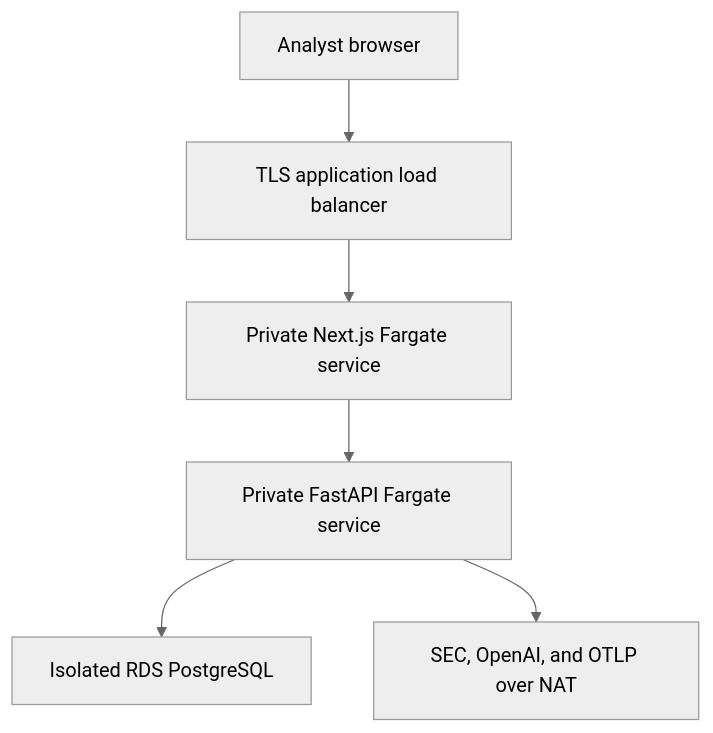
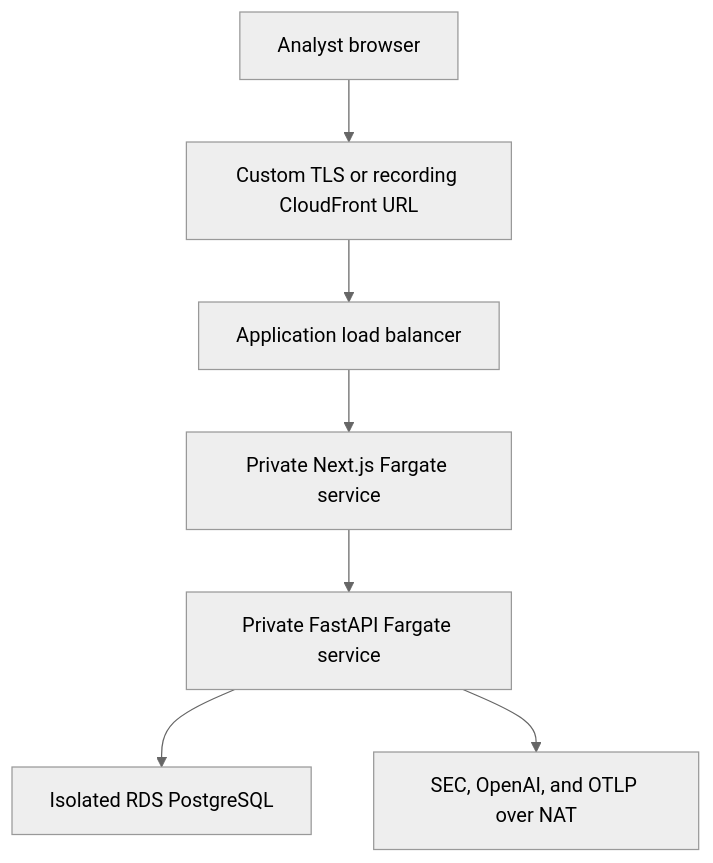
One commit to GowthamKondabolu/finsight-ai changed the diagram in docs/aws_deployment.md. Above: the diagram before and after it, drawn with Mermaid (neutral theme). The commit also changed other lines of this file and 13 other files, not shown here.

````diff
--- a/docs/aws_deployment.md
+++ b/docs/aws_deployment.md
@@ -5,8 +5,9 @@
 ```mermaid
 flowchart TD
-    U["Analyst browser"] --> ALB["TLS application load balancer"]
+    U["Analyst browser"] --> EDGE["Custom TLS or recording CloudFront URL"]
+    EDGE --> ALB["Application load balancer"]
     ALB --> WEB["Private Next.js Fargate service"]
     WEB --> API["Private FastAPI Fargate service"]
     API --> DB["Isolated RDS PostgreSQL"]
     API --> EXT["SEC, OpenAI, and OTLP over NAT"]
 ```
````
